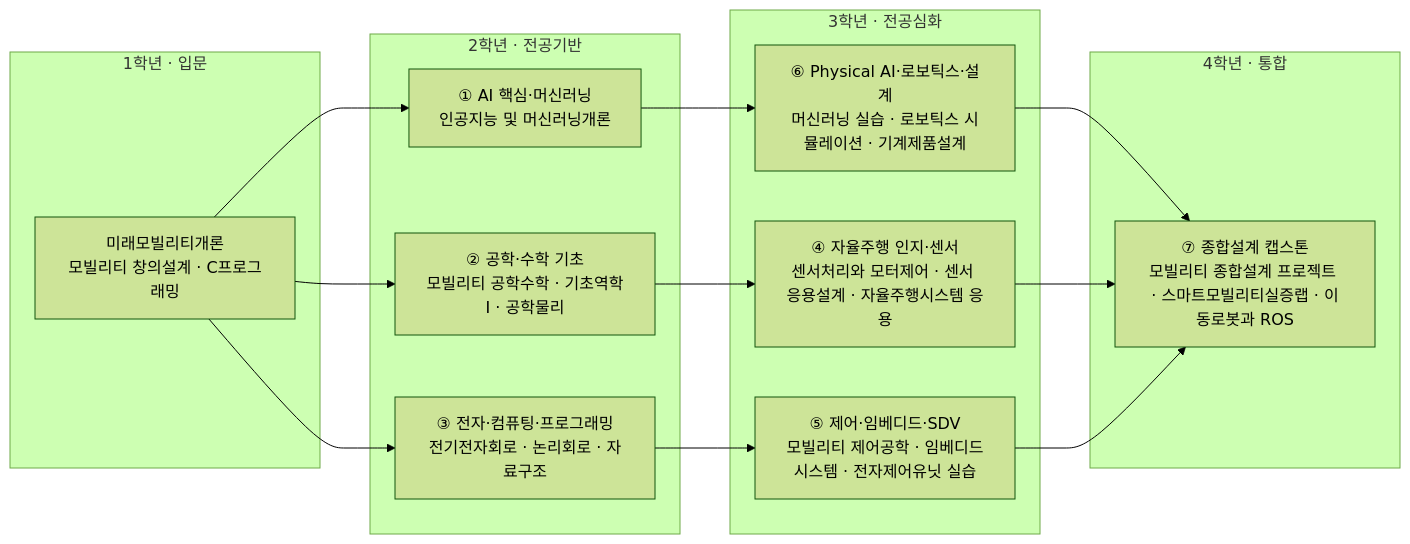
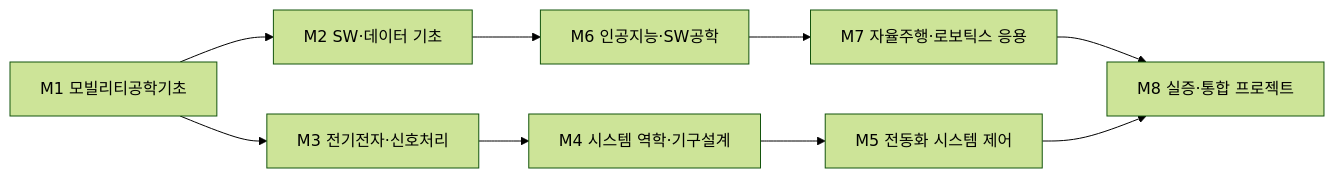
One commit to parclab-hsu/ai-curriculum-2026 changed the diagram in docs/ai/future-mobility.md. Above: the diagram before and after it, drawn with Mermaid (forest theme). The commit also changed other lines of this file and 4 other files, not shown here.

````diff
--- a/docs/ai/future-mobility.md
+++ b/docs/ai/future-mobility.md
@@ -158,22 +172,6 @@
 ```mermaid
 flowchart LR
-  subgraph Y1["1학년 · 입문"]
-    A0["미래모빌리티개론<br/>모빌리티 창의설계 · C프로그래밍"]
-  end
-  subgraph Y2["2학년 · 전공기반"]
-    M1["① AI 핵심·머신러닝<br/>인공지능 및 머신러닝개론"]
-    M2["② 공학·수학 기초<br/>모빌리티 공학수학 · 기초역학Ⅰ · 공학물리"]
-    M3["③ 전자·컴퓨팅·프로그래밍<br/>전기전자회로 · 논리회로 · 자료구조"]
-  end
-  subgraph Y3["3학년 · 전공심화"]
-    M4["④ 자율주행 인지·센서<br/>센서처리와 모터제어 · 센서 응용설계 · 자율주행시스템 응용"]
-    M5["⑤ 제어·임베디드·SDV<br/>모빌리티 제어공학 · 임베디드시스템 · 전자제어유닛 실습"]
-    M6["⑥ Physical AI·로보틱스·설계<br/>머신러닝 실습 · 로보틱스 시뮬레이션 · 기계제품설계"]
-  end
-  subgraph Y4["4학년 · 통합"]
-    CAP["⑦ 종합설계 캡스톤<br/>모빌리티 종합설계 프로젝트 · 스마트모빌리티실증랩 · 이동로봇과 ROS"]
-  end
-  A0 --> M1 --> M6 --> CAP
-  A0 --> M2 --> M4 --> CAP
-  A0 --> M3 --> M5 --> CAP
+  M1["M1 모빌리티공학기초"] --> M2["M2 SW·데이터 기초"]
+  M2 --> M6["M6 인공지능·SW공학"] --> M7["M7 자율주행·로보틱스 응용"] --> M8["M8 실증·통합 프로젝트"]
+  M1 --> M3["M3 전기전자·신호처리"] --> M4["M4 시스템 역학·기구설계"] --> M5["M5 전동화 시스템 제어"] --> M8
 ```
````
